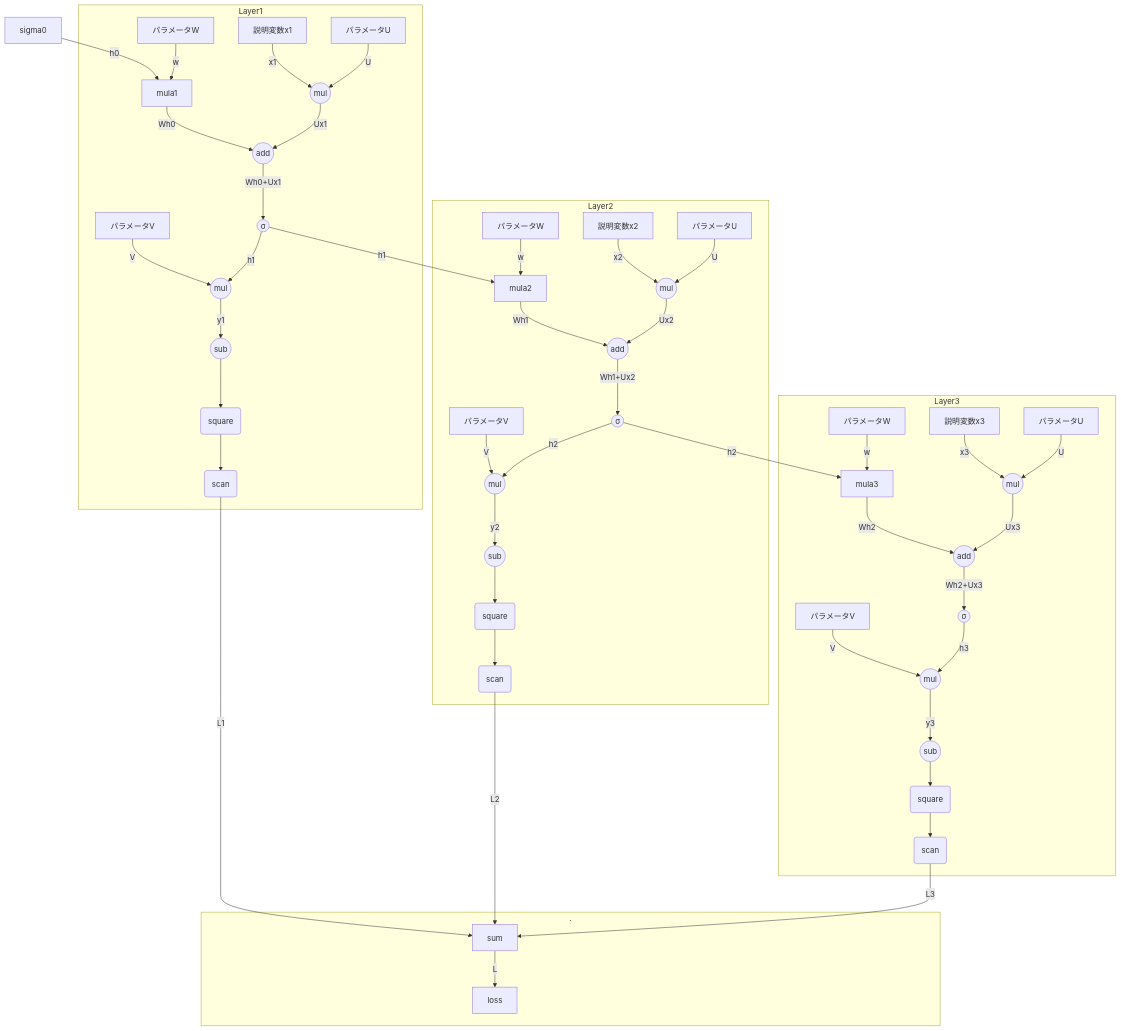
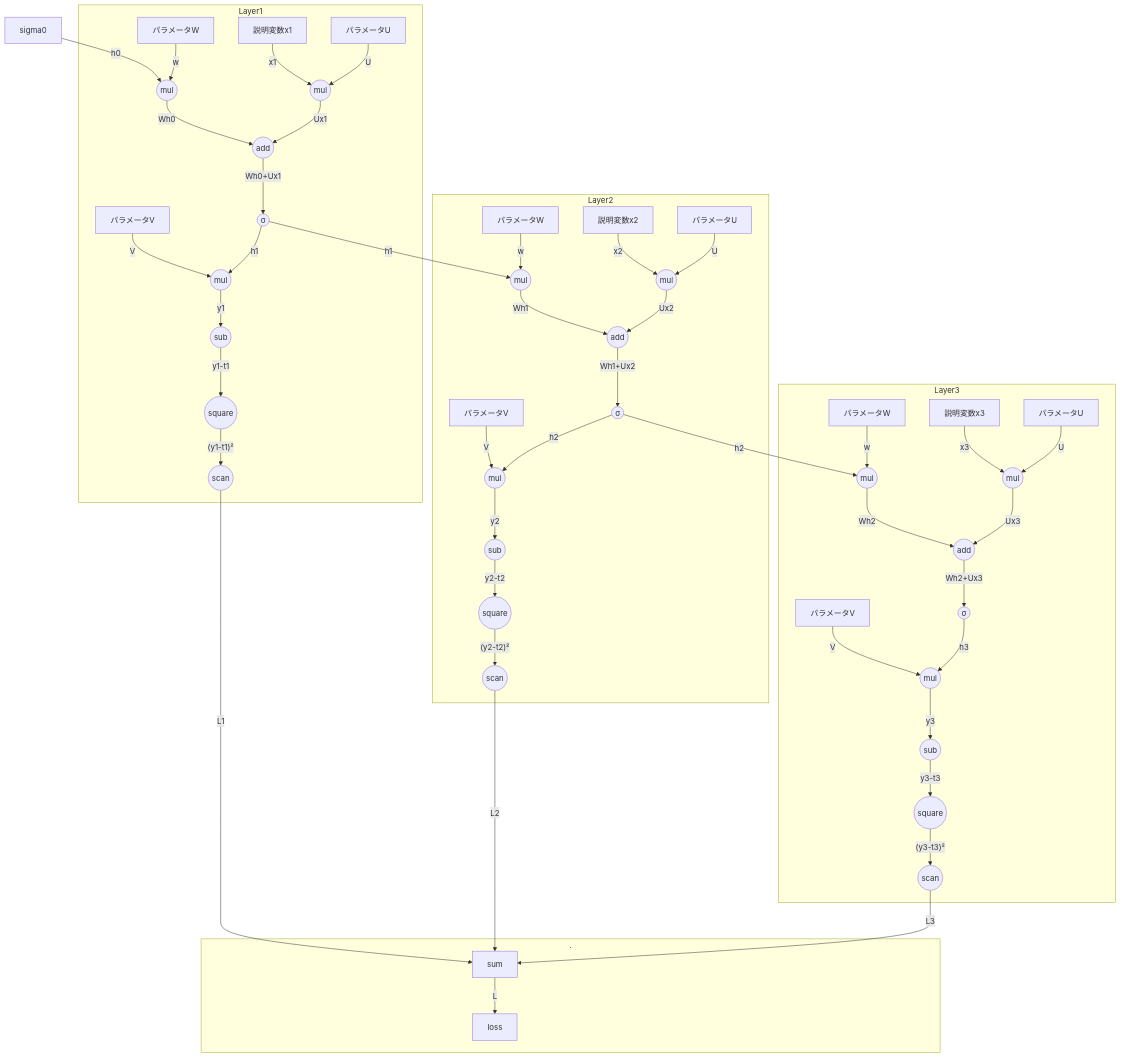
One commit to wskorng/UnyObsidian changed the diagram in 機械学習汎用知識/02# RNN.md. Above: the diagram before and after it, drawn with Mermaid. The commit also changed 1 other file, not shown here.

````diff
--- a/機械学習汎用知識/02# RNN.md
+++ b/機械学習汎用知識/02# RNN.md
@@ -5,65 +5,63 @@
 ```mermaid
 flowchart TD
 
   %% 損失ノード
   subgraph .
     sum -->|L| loss
   end
   
   sigma0 -->|h0| mula1
 
   %% Layer1
   subgraph Layer1
-    ParamW1["パラメータW"] -->|w| mula1
+    ParamW1["パラメータW"] -->|w| mula1((mul))
     mula1 -->|Wh0| adda1((add))
     X1["説明変数x1"] -->|x1| mulb1((mul))
     ParamU1["パラメータU"] -->|U| mulb1
     mulb1 -->|Ux1| adda1
     adda1 -->|Wh0+Ux1| sigma1((σ))
     ParamV1["パラメータV"] -->|V| mulc1
     sigma1 -->|h1| mulc1((mul))
     mulc1 -->|y1| sub1((sub))
-    sub1 --> sq1(square)
-    sq1 --> scan1(scan)
+    sub1 -->|y1-t1| sq1((square))
+    sq1 -->|"(y1-t1)²"| scan1((scan))
     scan1 -->|L1| sum
   end
 
   sigma1 -->|h1| mula2
 
   %% Layer2
   subgraph Layer2
-    ParamW2["パラメータW"] -->|w| mula2
+    ParamW2["パラメータW"] -->|w| mula2((mul))
     mula2 -->|Wh1| adda2((add))
     X2["説明変数x2"] -->|x2| mulb2((mul))
     ParamU2["パラメータU"] -->|U| mulb2
     mulb2 -->|Ux2| adda2
     adda2 -->|Wh1+Ux2| sigma2((σ))
     ParamV2["パラメータV"] -->|V| mulc2
     sigma2 -->|h2| mulc2((mul))
     mulc2 -->|y2| sub2((sub))
-    sub2 --> sq2(square)
-    sq2 --> scan2(scan)
+    sub2 -->|y2-t2| sq2((square))
+    sq2 -->|"(y2-t2)²"| scan2((scan))
     scan2 -->|L2| sum
   end
 
   sigma2 -->|h2| mula3
-  
+
   %% Layer3
   subgraph Layer3
-    ParamW3["パラメータW"] -->|w| mula3
+    ParamW3["パラメータW"] -->|w| mula3((mul))
     mula3 -->|Wh2| adda3((add))
     X3["説明変数x3"] -->|x3| mulb3((mul))
     ParamU3["パラメータU"] -->|U| mulb3
     mulb3 -->|Ux3| adda3
     adda3 -->|Wh2+Ux3| sigma3((σ))
     ParamV3["パラメータV"] -->|V| mulc3
     sigma3 -->|h3| mulc3((mul))
     mulc3 -->|y3| sub3((sub))
-    sub3 --> sq3(square)
-    sq3 --> scan3(scan)
+    sub3 -->|y3-t3| sq3((square))
+    sq3 -->|"(y3-t3)²"| scan3((scan))
     scan3 -->|L3| sum
   end
 
-
-
 ```
````
